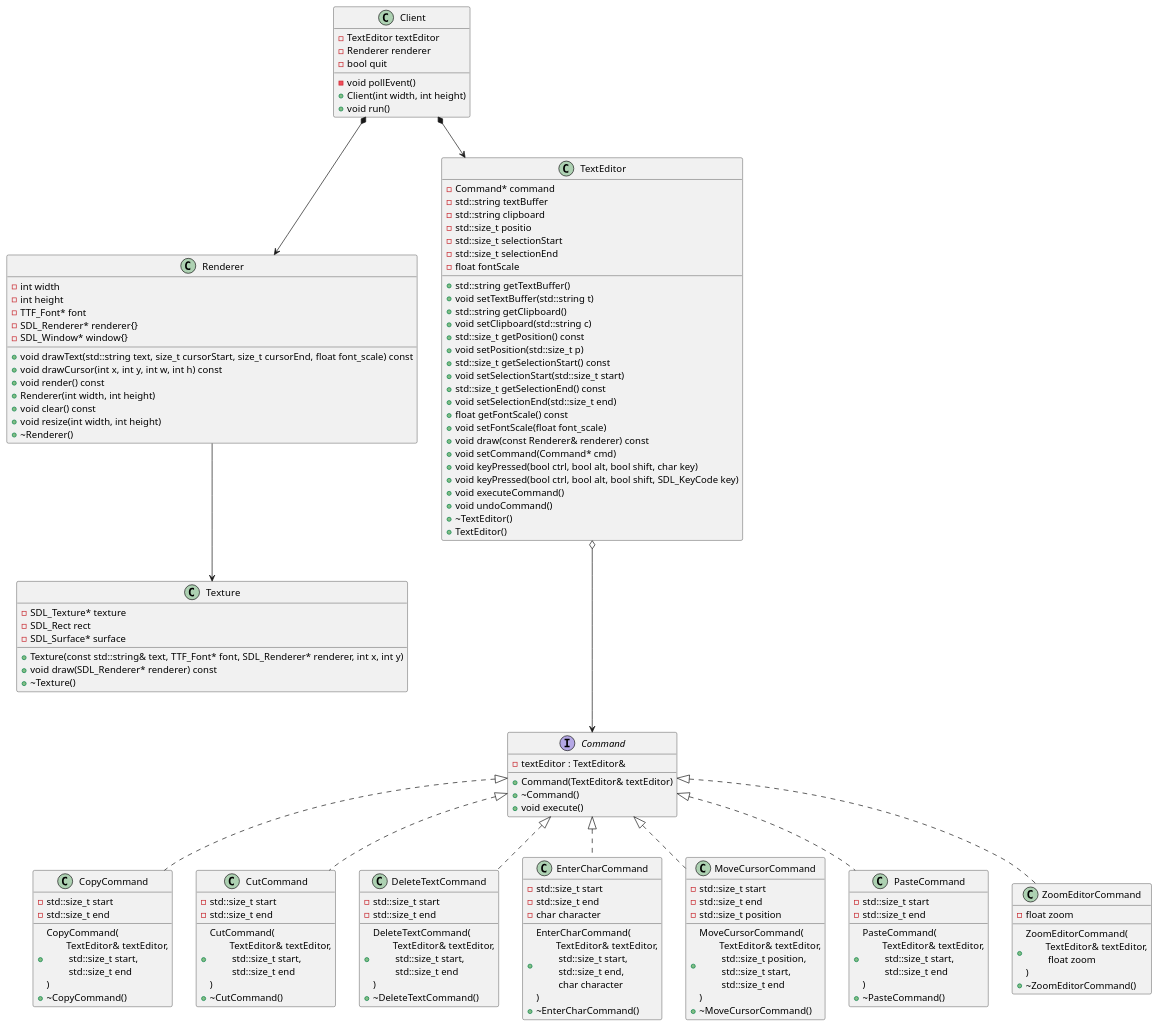
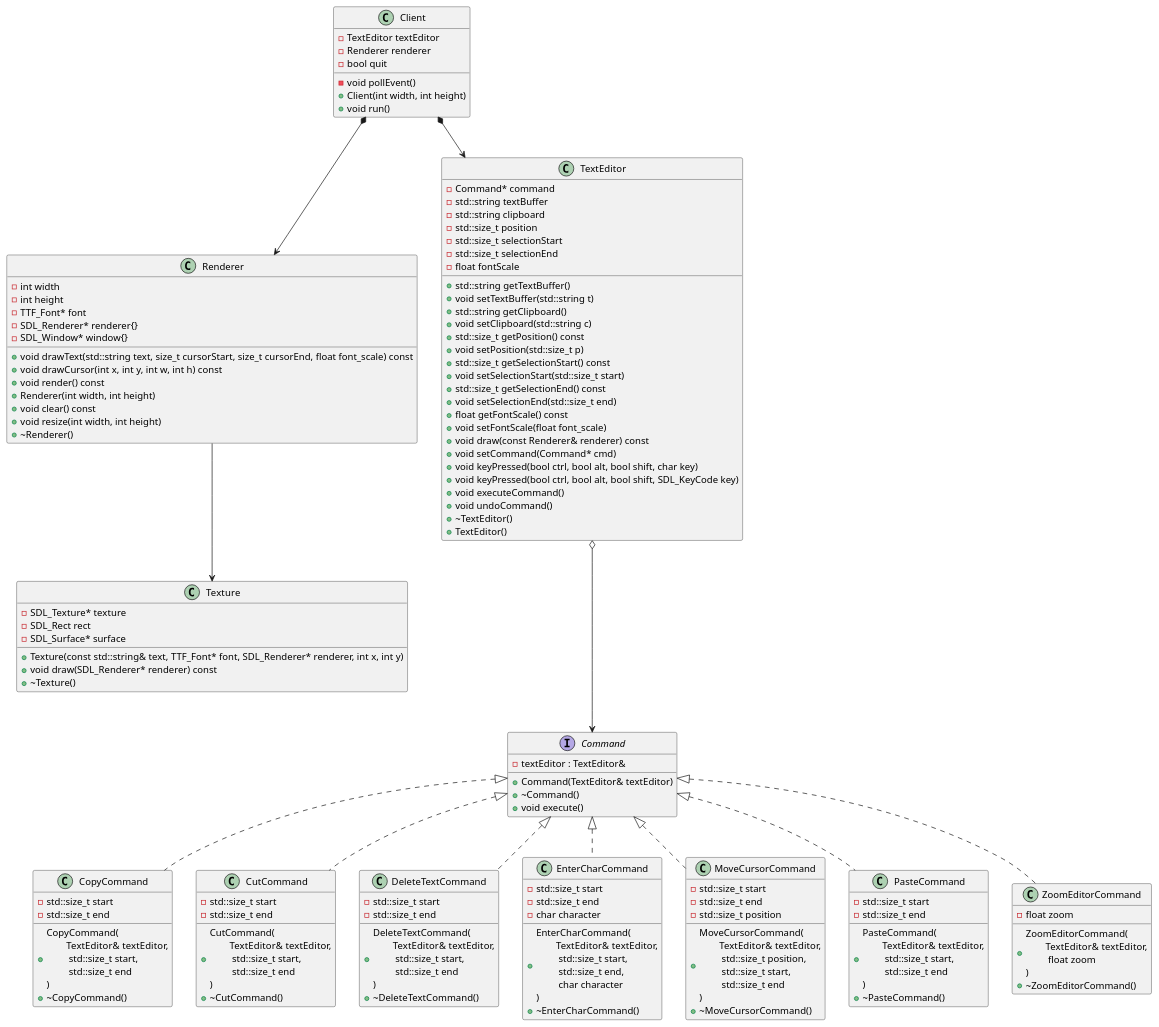
One commit to AquaBx/text-editor changed the diagram in resources/V1/diagramme-classes/diagramme-classes.puml. Above: the diagram before and after it, drawn with PlantUML. The commit also changed 1 other file, not shown here.

Commit message:
just correcting a mistake on class diagrams

```diff
--- a/resources/V1/diagramme-classes/diagramme-classes.puml
+++ b/resources/V1/diagramme-classes/diagramme-classes.puml
@@ -1,134 +1,134 @@
 @startuml diagramme-classes
 interface Command {
     - textEditor : TextEditor&
     + Command(TextEditor& textEditor)
     + ~Command()
     + void execute()
 }
 
 class CopyCommand {
     - std::size_t start
     - std::size_t end
     + CopyCommand(\n\tTextEditor& textEditor,\n\t std::size_t start,\n\t std::size_t end\n)
     + ~CopyCommand()
 }
 
 class CutCommand {
     - std::size_t start
     - std::size_t end
     + CutCommand(\n\tTextEditor& textEditor,\n\t std::size_t start,\n\t std::size_t end\n)
     + ~CutCommand()
 }
 
 class DeleteTextCommand {
     - std::size_t start
     - std::size_t end
     + DeleteTextCommand(\n\tTextEditor& textEditor,\n\t std::size_t start,\n\t std::size_t end\n)
     + ~DeleteTextCommand()
 }
 
 class EnterCharCommand {
     - std::size_t start
     - std::size_t end
     - char character
     + EnterCharCommand(\n\tTextEditor& textEditor,\n\t std::size_t start,\n\t std::size_t end,\n\t char character\n)
     + ~EnterCharCommand()
 }
 
 class MoveCursorCommand {
     - std::size_t start
     - std::size_t end
     - std::size_t position
     + MoveCursorCommand(\n\tTextEditor& textEditor,\n\t std::size_t position,\n\t std::size_t start,\n\t std::size_t end\n)
     + ~MoveCursorCommand()
 }
 
 class PasteCommand {
     - std::size_t start
     - std::size_t end
     + PasteCommand(\n\tTextEditor& textEditor,\n\t std::size_t start,\n\t std::size_t end\n)
     + ~PasteCommand()
 }
 
 class ZoomEditorCommand {
     - float zoom
     + ZoomEditorCommand(\n\tTextEditor& textEditor,\n\t float zoom\n)
     + ~ZoomEditorCommand()
 }
 
 class Client {
    - TextEditor textEditor
    - Renderer renderer
    - bool quit
    - void pollEvent()
    + Client(int width, int height)
    + void run()
 }
 
 class Renderer {
     - int width
     - int height
     - TTF_Font* font
     - SDL_Renderer* renderer{}
     - SDL_Window* window{}
     + void drawText(std::string text, size_t cursorStart, size_t cursorEnd, float font_scale) const
     + void drawCursor(int x, int y, int w, int h) const
     + void render() const
     + Renderer(int width, int height)
     + void clear() const
     + void resize(int width, int height)
     + ~Renderer()
 }
 
 class TextEditor {
     - Command* command
     - std::string textBuffer
     - std::string clipboard
-    - std::size_t positio
+    - std::size_t position
     - std::size_t selectionStart
     - std::size_t selectionEnd
     - float fontScale
     + std::string getTextBuffer()
     + void setTextBuffer(std::string t)
     + std::string getClipboard()
     + void setClipboard(std::string c)
     + std::size_t getPosition() const
     + void setPosition(std::size_t p)
     + std::size_t getSelectionStart() const
     + void setSelectionStart(std::size_t start)
     + std::size_t getSelectionEnd() const
     + void setSelectionEnd(std::size_t end)
     + float getFontScale() const
     + void setFontScale(float font_scale)
     + void draw(const Renderer& renderer) const
     + void setCommand(Command* cmd)
     + void keyPressed(bool ctrl, bool alt, bool shift, char key)
     + void keyPressed(bool ctrl, bool alt, bool shift, SDL_KeyCode key)
     + void executeCommand()
     + void undoCommand()
     + ~TextEditor()
     + TextEditor()
 }
 
 class Texture {
     - SDL_Texture* texture
     - SDL_Rect rect
     - SDL_Surface* surface
     + Texture(const std::string& text, TTF_Font* font, SDL_Renderer* renderer, int x, int y)
     + void draw(SDL_Renderer* renderer) const
     + ~Texture()
 }
 
 Command <|.. MoveCursorCommand
 Command <|.. EnterCharCommand
 Command <|.. DeleteTextCommand
 Command <|.. CopyCommand
 Command <|.. PasteCommand
 Command <|.. CutCommand
 Command <|.. ZoomEditorCommand
 
 Client *--> TextEditor
 TextEditor o---> Command
 Renderer --> Texture
 Client *--> Renderer
 @enduml
```
